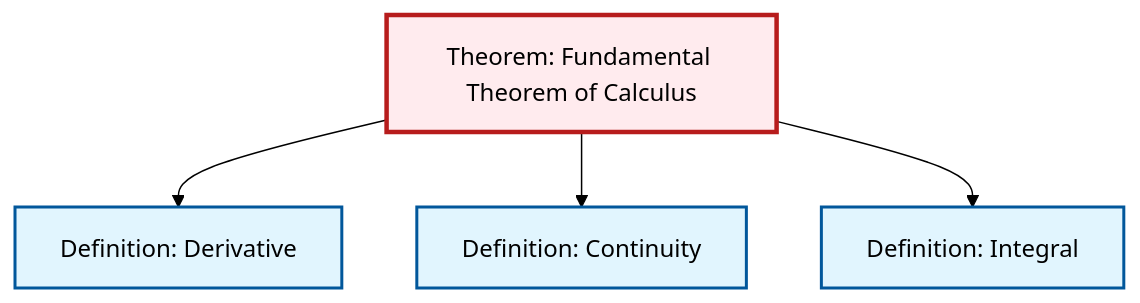
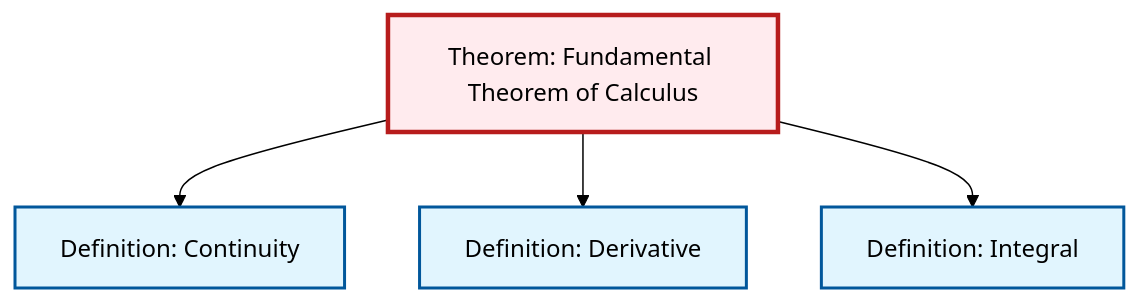
Before and after one commit to RK0429/ModernMath: the diagram in content/en/analysis/thm-fundamental-calculus.qmd, drawn with Mermaid (forest theme). The commit also changed other lines of this file and 1069 other files, not shown here.

````diff
--- a/content/en/analysis/thm-fundamental-calculus.qmd
+++ b/content/en/analysis/thm-fundamental-calculus.qmd
@@ -141,20 +141,20 @@
 ```{mermaid}
 %%| fig-cap: "Local dependency graph"
 graph TD
     classDef definition fill:#e1f5fe,stroke:#01579b,stroke-width:2px
     classDef theorem fill:#f3e5f5,stroke:#4a148c,stroke-width:2px
     classDef axiom fill:#fff3e0,stroke:#e65100,stroke-width:2px
     classDef example fill:#e8f5e9,stroke:#1b5e20,stroke-width:2px
     classDef current fill:#ffebee,stroke:#b71c1c,stroke-width:3px
+    def-integral["Definition: Integral"]:::definition
     thm-fundamental-calculus["Theorem: Fundamental Theorem of Calculus"]:::theorem
-    def-integral["Definition: Integral"]:::definition
     def-derivative["Definition: Derivative"]:::definition
     def-continuity["Definition: Continuity"]:::definition
+    thm-fundamental-calculus --> def-continuity
     thm-fundamental-calculus --> def-derivative
-    thm-fundamental-calculus --> def-continuity
     thm-fundamental-calculus --> def-integral
     class thm-fundamental-calculus current
     click def-integral "def-integral.html" "Go to Integral definition"
     click def-derivative "def-derivative.html" "Go to Derivative definition"
     click def-continuity "def-continuity.html" "Go to Continuity definition"
 ```
````
